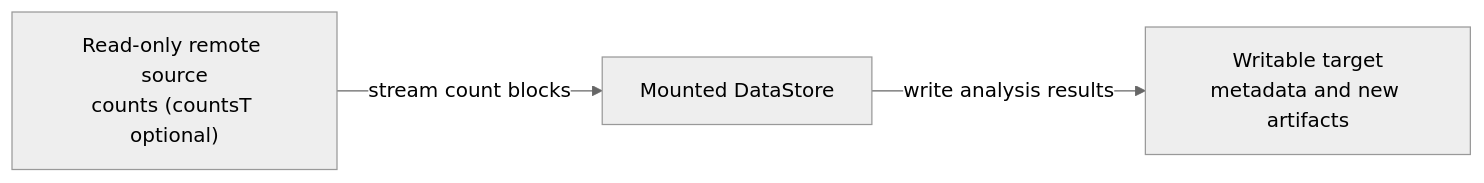
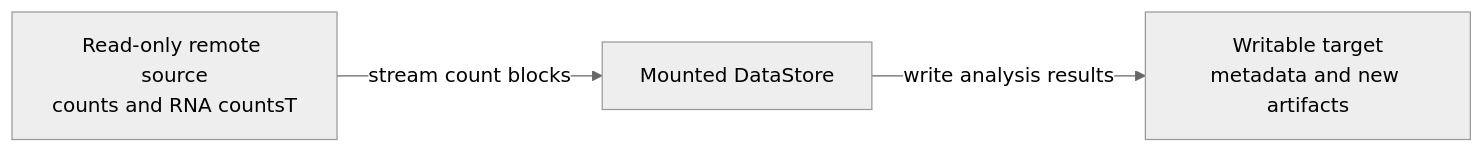
The diagram in docs/source/tutorials/remote_stores.md (Gautam8387/scarf), drawn with Mermaid (neutral theme) before and after one commit. The commit also changed other lines of this file and 193 other files, not shown here.

````diff
--- a/docs/source/tutorials/remote_stores.md
+++ b/docs/source/tutorials/remote_stores.md
@@ -120,8 +122,8 @@
 ```{mermaid}
 flowchart LR
-    source["Read-only remote source<br/>counts (countsT optional)"]
+    source["Read-only remote source<br/>counts and RNA countsT"]
     mount["Mounted DataStore"]
     target["Writable target<br/>metadata and new artifacts"]
     source -->|stream count blocks| mount
     mount -->|write analysis results| target
 ```
````
